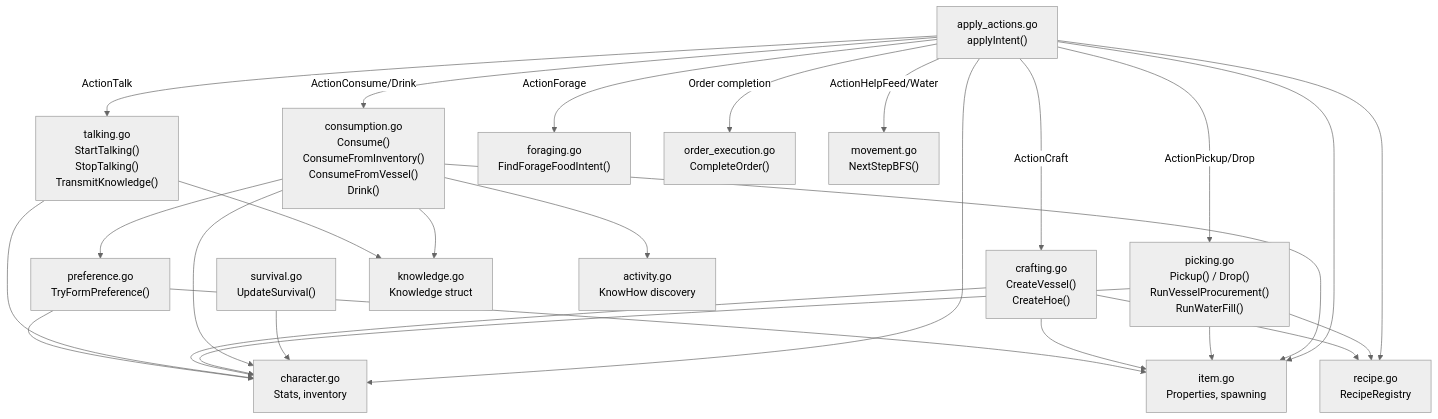
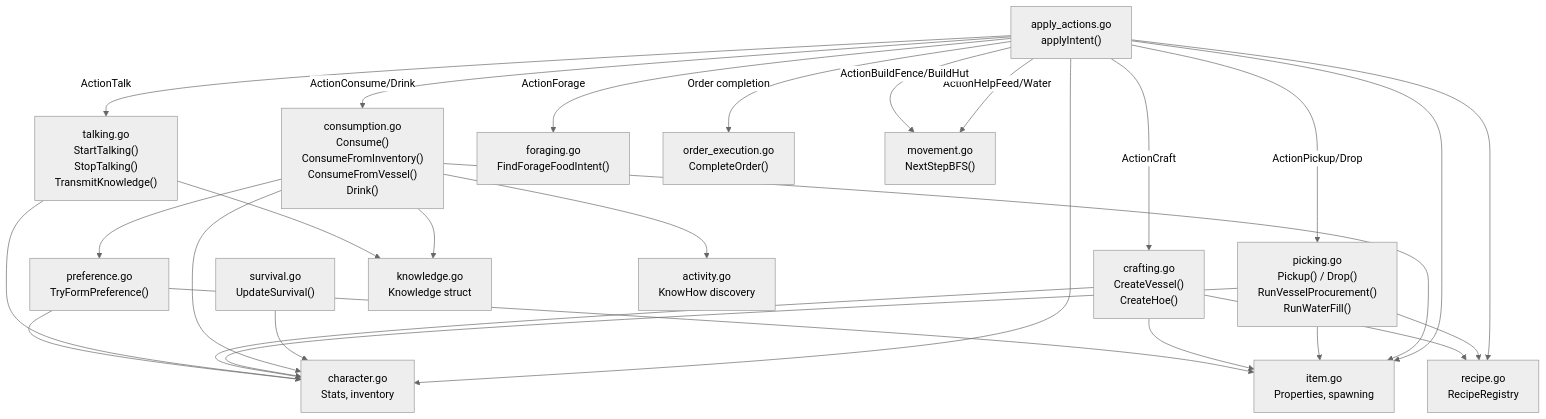
One commit to suzbot/petri changed the third of 12 diagrams in docs/flow-diagrams.md. Above: the diagram before and after it, drawn with Mermaid (neutral theme). The commit also changed other lines of this file and 12 other files, not shown here.

```diff
--- a/docs/flow-diagrams.md
+++ b/docs/flow-diagrams.md
@@ -303,6 +315,7 @@
     update -->|"ActionTalk"| talk
     update -->|"ActionForage"| forage
     update -->|"ActionHelpFeed/Water"| movement
+    update -->|"ActionBuildFence/BuildHut"| movement
     update -->|"Order completion"| orders
     update --> char
     update --> item
```
